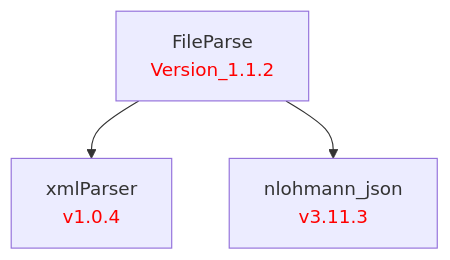
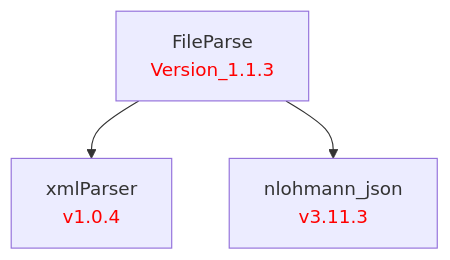
One commit to LBNL-ETA/FileParse changed the diagram in doc/FileParse.md. Above: the diagram before and after it, drawn with Mermaid. The commit also changed 3 other files, not shown here.

````diff
--- a/doc/FileParse.md
+++ b/doc/FileParse.md
@@ -1,11 +1,11 @@
 ```mermaid
 graph TD
     %% Package definitions
     xmlParser[xmlParser<br/><font color='red'>v1.0.4</font>]
     nlohmann_json[nlohmann_json<br/><font color='red'>v3.11.3</font>]
-    FileParse[FileParse<br/><font color='red'>Version_1.1.2</font>]
+    FileParse[FileParse<br/><font color='red'>Version_1.1.3</font>]
 
     %% Package relations
     FileParse --> xmlParser
     FileParse --> nlohmann_json
 ```
````
